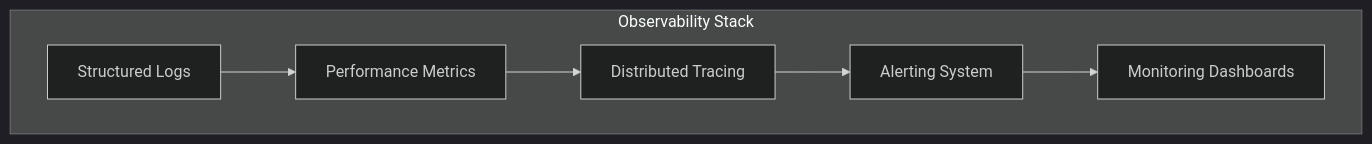
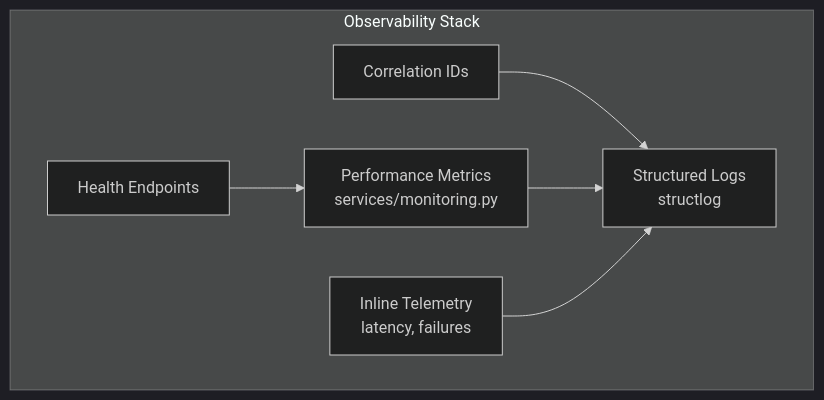
One commit to gofrolist/calorie-track-ai-bot-api changed diagram 13 of 14 in docs/ARCHITECTURE.md. Above: the diagram before and after it, drawn with Mermaid (dark theme). The commit also changed other lines of this file and 49 other files, not shown here.

First line of the commit message:
docs: align documentation with current code and architecture

````diff
--- a/docs/ARCHITECTURE.md
+++ b/docs/ARCHITECTURE.md
@@ -621,15 +636,15 @@
 ```mermaid
 graph TD
     subgraph "Observability Stack"
-        LOGS[Structured Logs]
-        METRICS[Performance Metrics]
-        TRACES[Distributed Tracing]
-        ALERTS[Alerting System]
-        DASHBOARDS[Monitoring Dashboards]
+        LOGS[Structured Logs<br/>structlog]
+        CORRELATION[Correlation IDs]
+        METRICS[Performance Metrics<br/>services/monitoring.py]
+        INLINE_TELEMETRY[Inline Telemetry<br/>latency, failures]
+        HEALTH[Health Endpoints]
     end
 
-    LOGS --> METRICS
-    METRICS --> TRACES
-    TRACES --> ALERTS
-    ALERTS --> DASHBOARDS
+    CORRELATION --> LOGS
+    METRICS --> LOGS
+    INLINE_TELEMETRY --> LOGS
+    HEALTH --> METRICS
 ```
````
